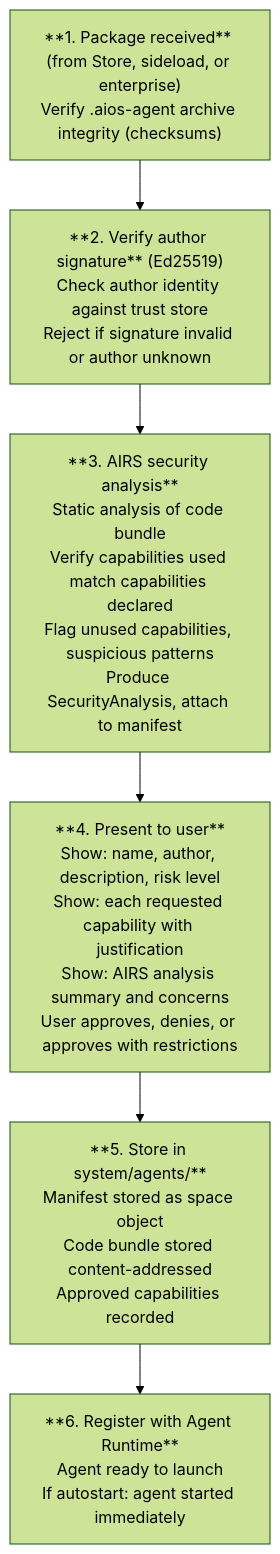
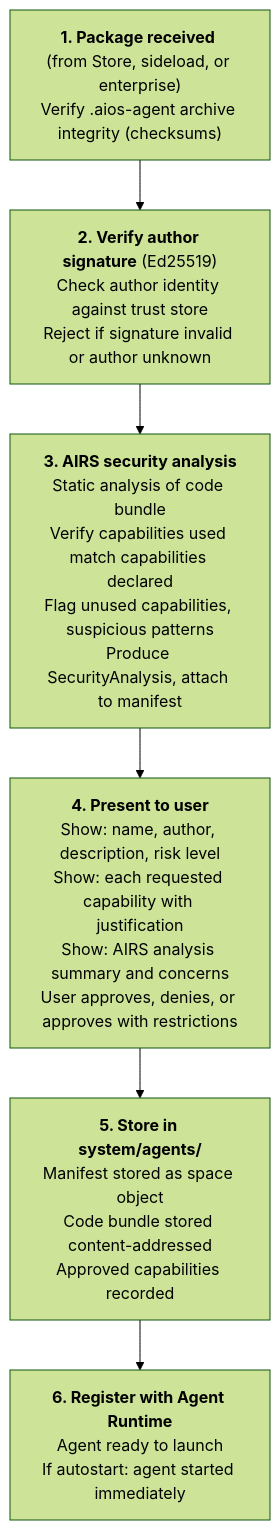
The second of 6 diagrams in docs/applications/agents.md (juslee/aios), drawn with Mermaid (forest theme) before and after one commit. The commit also changed other lines of this file and 24 other files, not shown here.

First line of the commit message:
Upgrade all 132 Mermaid diagrams to v11 syntax across 25 docs

````diff
--- a/docs/applications/agents.md
+++ b/docs/applications/agents.md
@@ -355,11 +367,27 @@
 ```mermaid
-graph TD
-    S1["**1. Package received** (from Store, sideload, or enterprise)<br/>Verify .aios-agent archive integrity (checksums)"]
-    S2["**2. Verify author signature** (Ed25519)<br/>Check author identity against trust store<br/>Reject if signature invalid or author unknown"]
-    S3["**3. AIRS security analysis**<br/>Static analysis of code bundle<br/>Verify capabilities used match capabilities declared<br/>Flag unused capabilities, suspicious patterns<br/>Produce SecurityAnalysis, attach to manifest"]
-    S4["**4. Present to user**<br/>Show: name, author, description, risk level<br/>Show: each requested capability with justification<br/>Show: AIRS analysis summary and concerns<br/>User approves, denies, or approves with restrictions"]
-    S5["**5. Store in system/agents/**<br/>Manifest stored as space object<br/>Code bundle stored content-addressed<br/>Approved capabilities recorded"]
-    S6["**6. Register with Agent Runtime**<br/>Agent ready to launch<br/>If autostart: agent started immediately"]
+flowchart TD
+    S1["`**1. Package received** (from Store, sideload, or enterprise)
+Verify .aios-agent archive integrity (checksums)`"]
+    S2["`**2. Verify author signature** (Ed25519)
+Check author identity against trust store
+Reject if signature invalid or author unknown`"]
+    S3["`**3. AIRS security analysis**
+Static analysis of code bundle
+Verify capabilities used match capabilities declared
+Flag unused capabilities, suspicious patterns
+Produce SecurityAnalysis, attach to manifest`"]
+    S4["`**4. Present to user**
+Show: name, author, description, risk level
+Show: each requested capability with justification
+Show: AIRS analysis summary and concerns
+User approves, denies, or approves with restrictions`"]
+    S5["`**5. Store in system/agents/**
+Manifest stored as space object
+Code bundle stored content-addressed
+Approved capabilities recorded`"]
+    S6["`**6. Register with Agent Runtime**
+Agent ready to launch
+If autostart: agent started immediately`"]
 
     S1 --> S2 --> S3 --> S4 --> S5 --> S6
 ```
````
